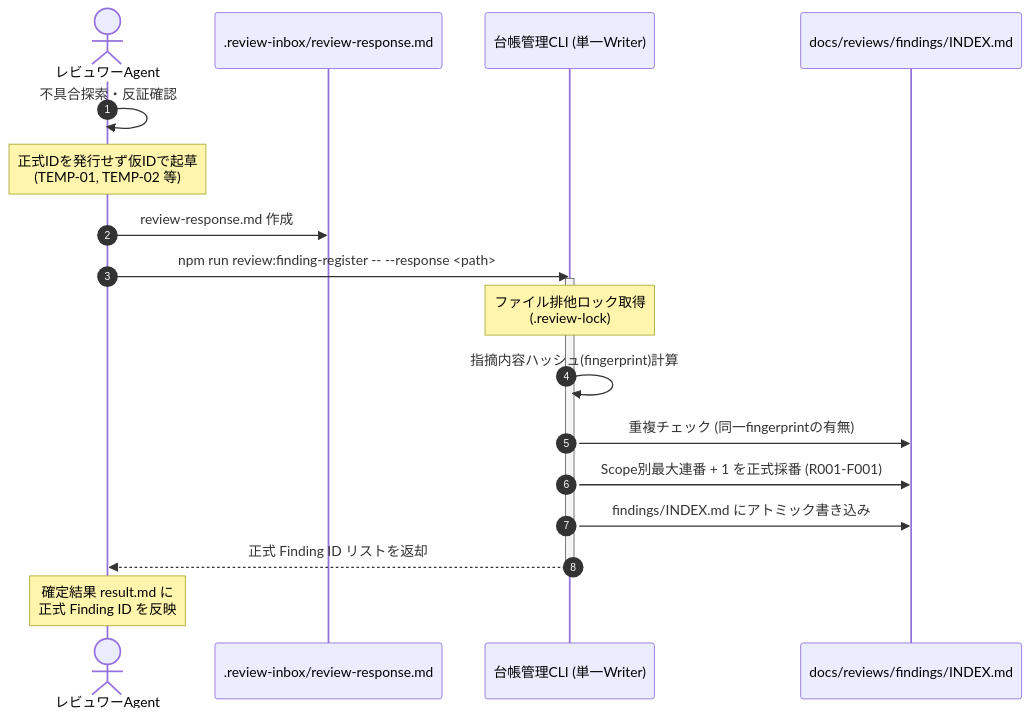
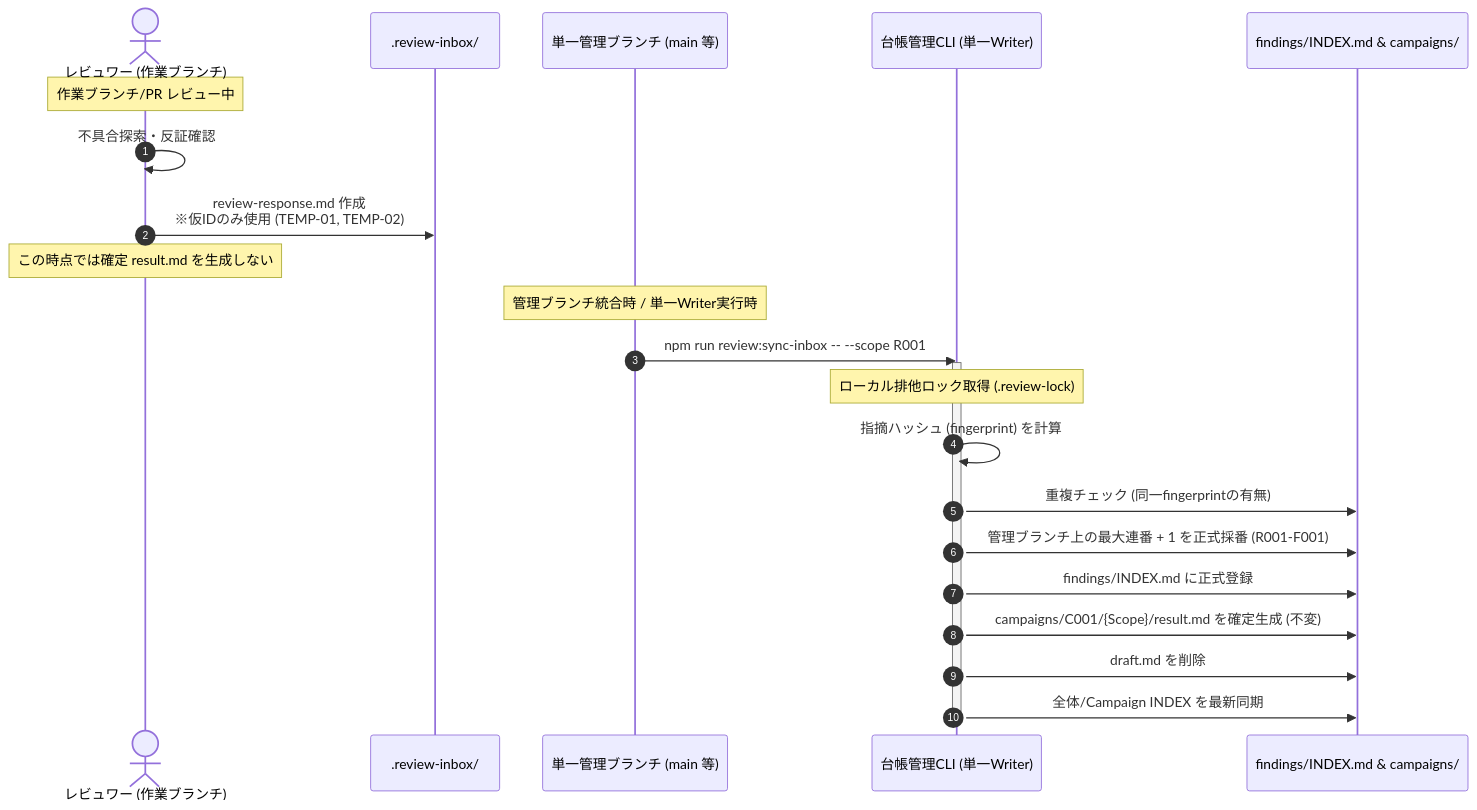
Before and after one commit to okinawa-systembit/herdr-orchestration: the second of 6 diagrams in docs/reviews/CONTINUOUS_REVIEW_DESIGN.md, drawn with Mermaid. The commit also changed other lines of this file, not shown here.

First line of the commit message:
docs(review): Phase 1 設計再レビュー指摘の反映 (REV-01〜REV-04)

````diff
--- a/docs/reviews/CONTINUOUS_REVIEW_DESIGN.md
+++ b/docs/reviews/CONTINUOUS_REVIEW_DESIGN.md
@@ -411,22 +414,27 @@
 ```mermaid
 sequenceDiagram
     autonumber
-    actor Reviewer as レビュワーAgent
-    participant Inbox as .review-inbox/review-response.md
+    actor Reviewer as レビュワー (作業ブランチ)
+    participant Inbox as .review-inbox/
+    participant Canonical as 単一管理ブランチ (main 等)
     participant CLI as 台帳管理CLI (単一Writer)
-    participant Ledger as docs/reviews/findings/INDEX.md
+    participant Ledger as findings/INDEX.md & campaigns/
 
+    Note over Reviewer: 作業ブランチ/PR レビュー中
     Reviewer->>Reviewer: 不具合探索・反証確認
-    Note over Reviewer: 正式IDを発行せず仮IDで起草<br>(TEMP-01, TEMP-02 等)
-    Reviewer->>Inbox: review-response.md 作成
-    Reviewer->>CLI: npm run review:finding-register -- --response <path>
+    Reviewer->>Inbox: review-response.md 作成<br>※仮IDのみ使用 (TEMP-01, TEMP-02)
+    Note over Reviewer: この時点では確定 result.md を生成しない
+
+    Note over Canonical: 管理ブランチ統合時 / 単一Writer実行時
+    Canonical->>CLI: npm run review:sync-inbox -- --scope R001
     activate CLI
-    Note over CLI: ファイル排他ロック取得<br>(.review-lock)
-    CLI->>CLI: 指摘内容ハッシュ(fingerprint)計算
+    Note over CLI: ローカル排他ロック取得 (.review-lock)
+    CLI->>CLI: 指摘ハッシュ (fingerprint) を計算
     CLI->>Ledger: 重複チェック (同一fingerprintの有無)
-    CLI->>Ledger: Scope別最大連番 + 1 を正式採番 (R001-F001)
-    CLI->>Ledger: findings/INDEX.md にアトミック書き込み
-    CLI-->>Reviewer: 正式 Finding ID リストを返却
+    CLI->>Ledger: 管理ブランチ上の最大連番 + 1 を正式採番 (R001-F001)
+    CLI->>Ledger: findings/INDEX.md に正式登録
+    CLI->>Ledger: campaigns/C001/{Scope}/result.md を確定生成 (不変)
+    CLI->>Ledger: draft.md を削除
+    CLI->>Ledger: 全体/Campaign INDEX を最新同期
     deactivate CLI
-    Note over Reviewer: 確定結果 result.md に<br>正式 Finding ID を反映
 ```
````
